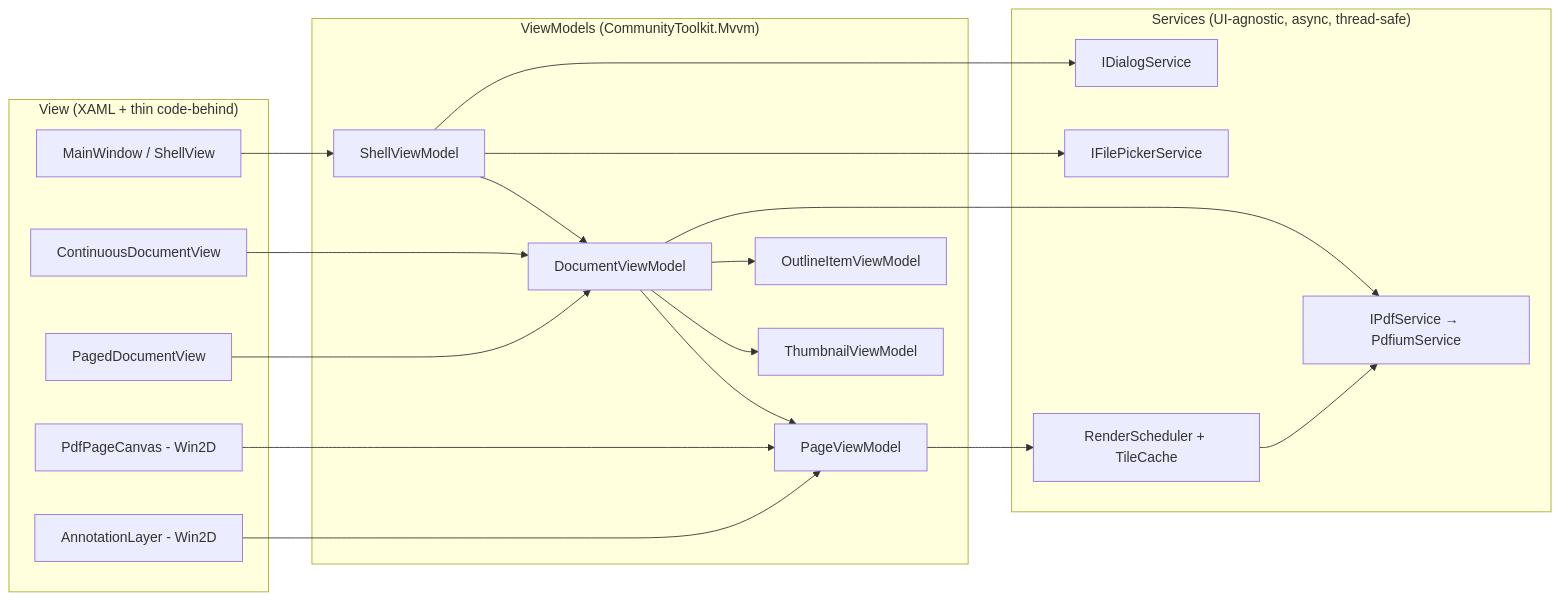
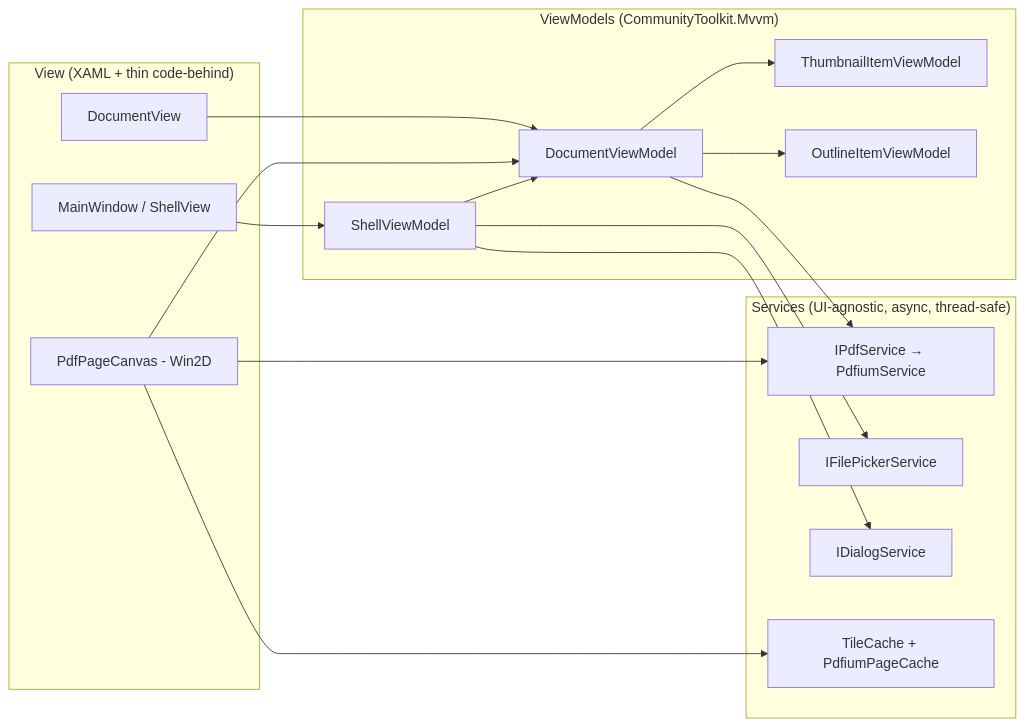
The diagram in AGENTS.md (pedrofleck/WinPDF), drawn with Mermaid before and after one commit. The commit also changed other lines of this file and 22 other files, not shown here.

````diff
--- a/AGENTS.md
+++ b/AGENTS.md
@@ -83,37 +84,31 @@
 ```mermaid
 flowchart LR
   subgraph View["View (XAML + thin code-behind)"]
     MW[MainWindow / ShellView]
-    CV[ContinuousDocumentView]
-    PV[PagedDocumentView]
+    DV[DocumentView]
     PC[PdfPageCanvas - Win2D]
-    AL[AnnotationLayer - Win2D]
   end
   subgraph VM["ViewModels (CommunityToolkit.Mvvm)"]
     SVM[ShellViewModel]
     DVM[DocumentViewModel]
-    PVM[PageViewModel]
-    TVM[ThumbnailViewModel]
+    TVM[ThumbnailItemViewModel]
     OVM[OutlineItemViewModel]
   end
   subgraph SVC["Services (UI-agnostic, async, thread-safe)"]
     PDF[IPdfService → PdfiumService]
     FP[IFilePickerService]
     DLG[IDialogService]
-    RS[RenderScheduler + TileCache]
+    TC[TileCache + PdfiumPageCache]
   end
   MW --> SVM
-  CV --> DVM
-  PV --> DVM
-  PC --> PVM
-  AL --> PVM
+  DV --> DVM
+  PC --> DVM
   SVM --> DVM
-  DVM --> PVM
   DVM --> TVM
   DVM --> OVM
   DVM --> PDF
-  PVM --> RS
-  RS --> PDF
+  PC --> PDF
+  PC --> TC
   SVM --> FP
   SVM --> DLG
 ```
````
